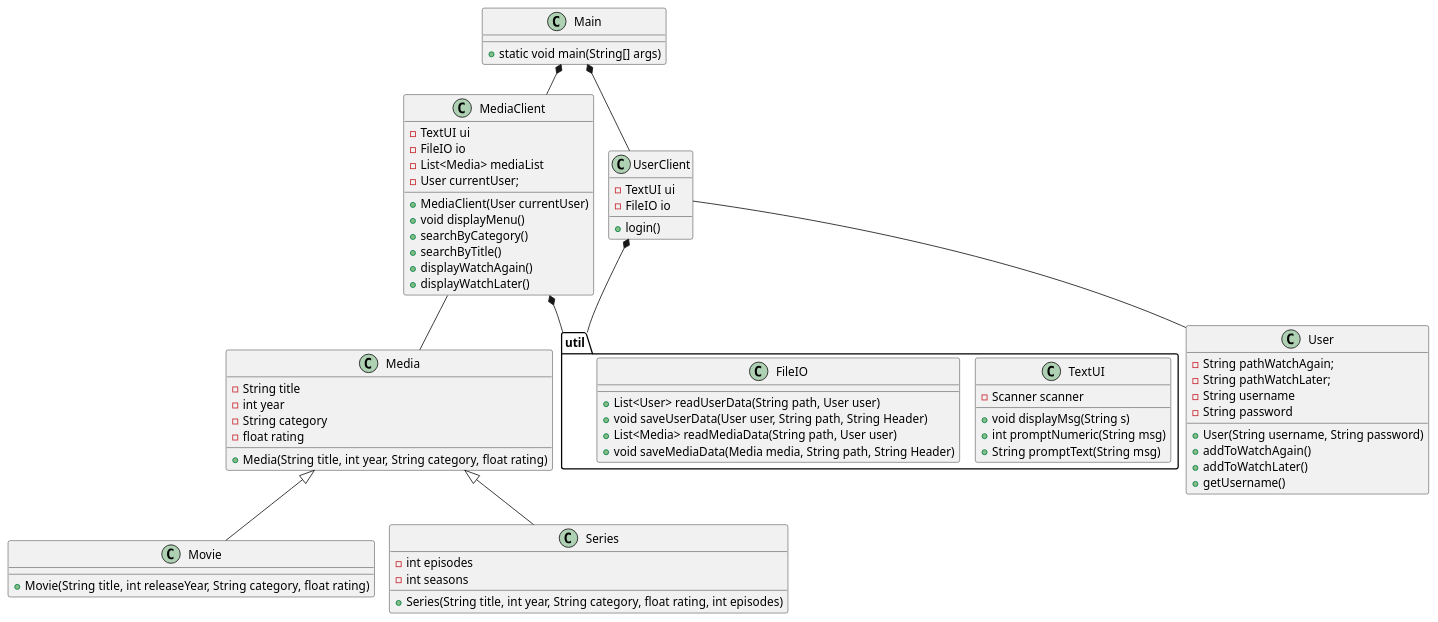
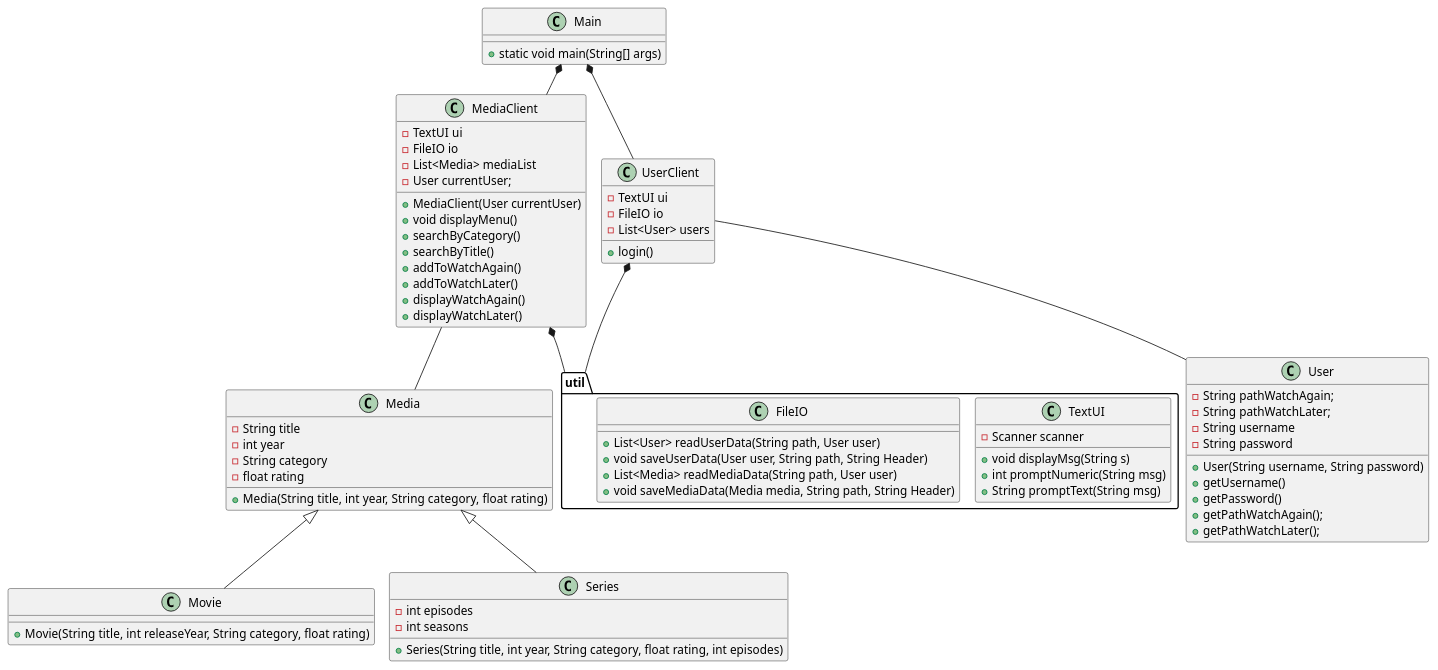
Before and after one commit to b-rino/SP3: the diagram in docs/classdiagram_v0.puml, drawn with PlantUML. The commit also changed 10 other files, not shown here.

```diff
--- a/docs/classdiagram_v0.puml
+++ b/docs/classdiagram_v0.puml
@@ -1,91 +1,94 @@
 @startuml
 !pragma layout smetana
 
 class Main{
 + static void main(String[] args)
 
 }
 
 class Media{
 - String title
 - int year
 - String category
 - float rating
 +Media(String title, int year, String category, float rating)
 
 }
 
 class MediaClient{
 -TextUI ui
 -FileIO io
 -List<Media> mediaList
 -User currentUser;
 +MediaClient(User currentUser)
 +void displayMenu()
 +searchByCategory()
 +searchByTitle()
++addToWatchAgain()
++addToWatchLater()
 +displayWatchAgain()
 +displayWatchLater()
 }
 
 
 class User{
 -String pathWatchAgain;
 -String pathWatchLater;
 -String username
 -String password
 +User(String username, String password)
-+addToWatchAgain()
-+addToWatchLater()
 +getUsername()
++getPassword()
++getPathWatchAgain();
++getPathWatchLater();
 }
 
 
 class Movie{
 
 + Movie(String title, int releaseYear, String category, float rating)
 }
 
 class Series{
 - int episodes
 - int seasons
 +Series(String title, int year, String category, float rating, int episodes)
 }
 
 
 class UserClient{
 -TextUI ui
 -FileIO io
+-List<User> users
 +login()
-
 }
 
 
 package "util" {
 class TextUI{
 - Scanner scanner
 
 +void displayMsg(String s)
 +int promptNumeric(String msg)
 +String promptText(String msg)
 }
 
 class FileIO{
 +List<User> readUserData(String path, User user)
 +void saveUserData(User user, String path, String Header)
 +List<Media> readMediaData(String path, User user)
 +void saveMediaData(Media media, String path, String Header)
 }
 }
 
 
 Media<|--Series
 Media <|-- Movie
 Main *-- MediaClient
 MediaClient *-- "util"
 MediaClient -- Media
 Main *-- UserClient
 UserClient -- User
 UserClient *--"util"
 
 @enduml
```
